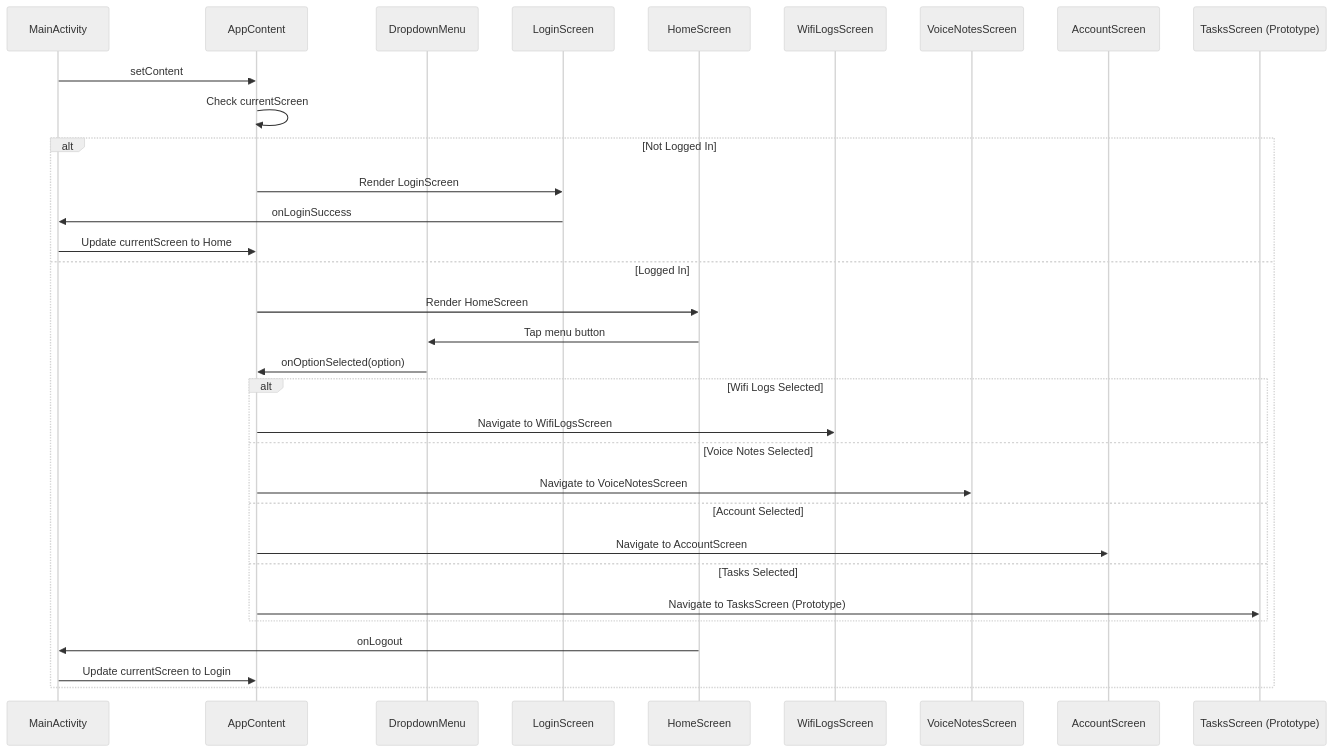
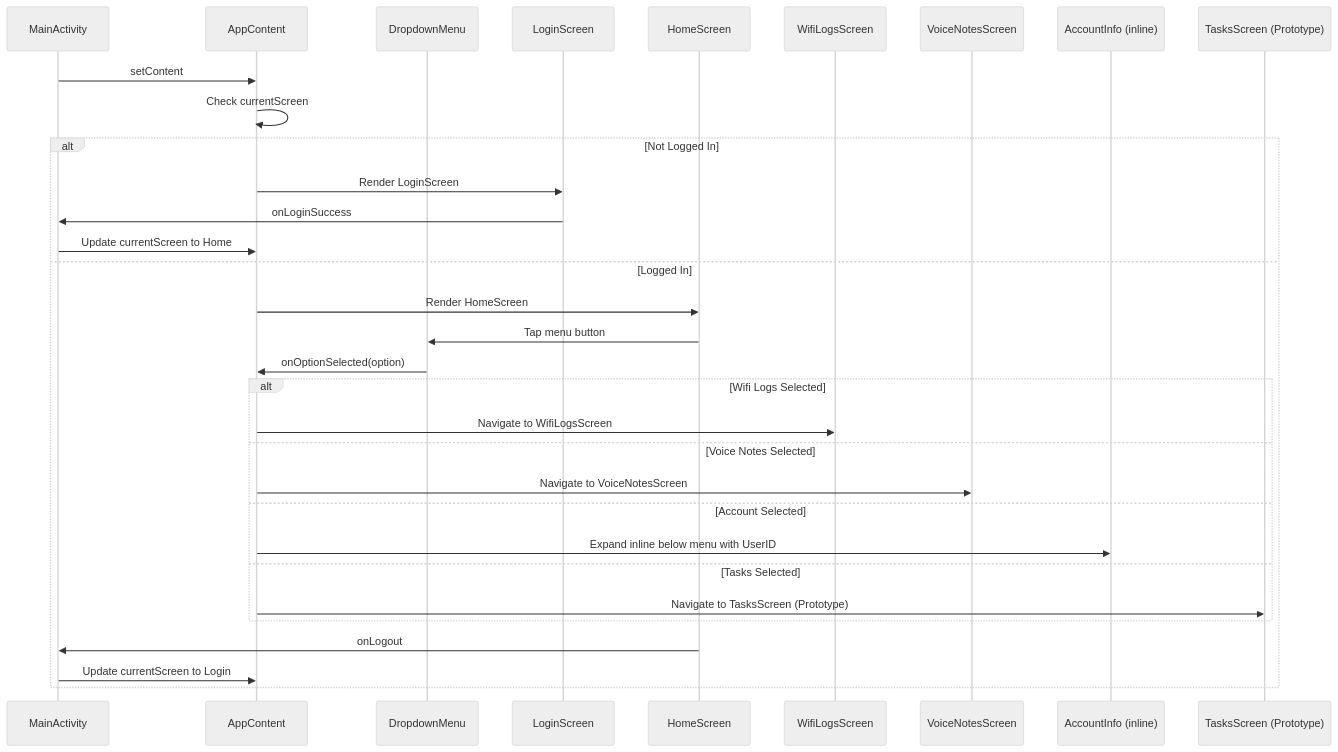
Before and after one commit to rcznp/test_doc_2: the second of 7 diagrams in MainActivity.md, drawn with Mermaid (neutral theme).

````diff
--- a/MainActivity.md
+++ b/MainActivity.md
@@ -89,36 +89,36 @@
 ```mermaid
 sequenceDiagram
     participant MA as MainActivity
     participant AC as AppContent
     participant Menu as DropdownMenu
     participant LS as LoginScreen
     participant HS as HomeScreen
     participant WL as WifiLogsScreen
     participant VN as VoiceNotesScreen
-    participant ACCT as AccountScreen
+    participant ACCT as AccountInfo (inline)
     participant TS as TasksScreen (Prototype)
 
     MA->>AC: setContent
     AC->>AC: Check currentScreen
     alt Not Logged In
         AC->>LS: Render LoginScreen
         LS->>MA: onLoginSuccess
         MA->>AC: Update currentScreen to Home
     else Logged In
         AC->>HS: Render HomeScreen
         HS->>Menu: Tap menu button
         Menu->>AC: onOptionSelected(option)
         alt Wifi Logs Selected
             AC->>WL: Navigate to WifiLogsScreen
         else Voice Notes Selected
             AC->>VN: Navigate to VoiceNotesScreen
         else Account Selected
-            AC->>ACCT: Navigate to AccountScreen
+            AC->>ACCT: Expand inline below menu with UserID
         else Tasks Selected
             AC->>TS: Navigate to TasksScreen (Prototype)
         end
         HS->>MA: onLogout
         MA->>AC: Update currentScreen to Login
     end
 
 ```
````
